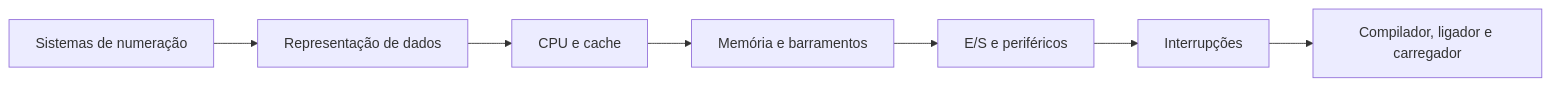
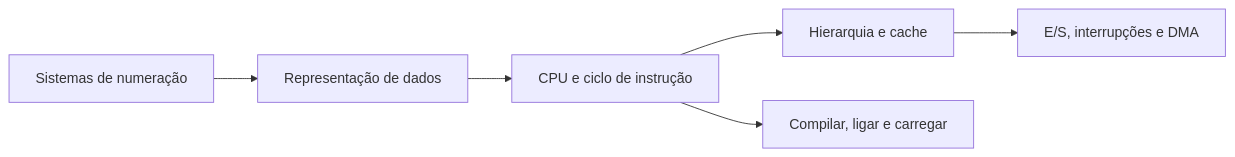
One commit to Hedward1/Concursos changed the first of 5 diagrams in Analista de sistemas/semana_01/semana_01_estudo.md. Above: the diagram before and after it, drawn with Mermaid. The commit also changed other lines of this file and 5 other files, not shown here.

````diff
--- a/Analista de sistemas/semana_01/semana_01_estudo.md
+++ b/Analista de sistemas/semana_01/semana_01_estudo.md
@@ -701,9 +592,8 @@
 ```mermaid
 flowchart LR
   BIN[Sistemas de numeração] --> DADOS[Representação de dados]
-  DADOS --> CPU[CPU e cache]
-  CPU --> MEM[Memória e barramentos]
-  MEM --> IO[E/S e periféricos]
-  IO --> INT[Interrupções]
-  INT --> FERR[Compilador, ligador e carregador]
+  DADOS --> CPU[CPU e ciclo de instrução]
+  CPU --> MEM[Hierarquia e cache]
+  MEM --> IO[E/S, interrupções e DMA]
+  CPU --> FERR[Compilar, ligar e carregar]
 ```
````
